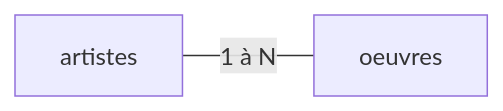
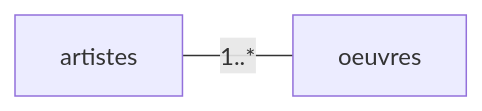
The first of 4 diagrams in cours/01-introduction.md (romanoe/comem-modeldon), drawn with Mermaid before and after one commit. The commit also changed other lines of this file and 38 other files, not shown here.

````diff
--- a/cours/01-introduction.md
+++ b/cours/01-introduction.md
@@ -220,4 +220,4 @@
 ```mermaid {scale: 0.7}
 flowchart LR
-  artistes --- |"1 à N"| oeuvres
+  artistes --- |"1..*"| oeuvres
 ```
````
